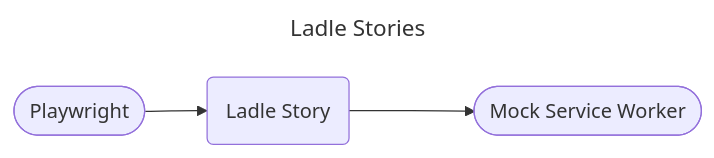
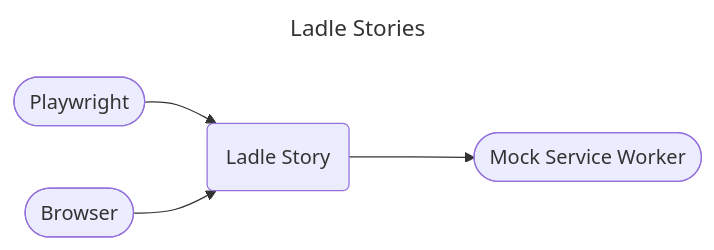
One commit to kiesraad/abacus changed the first of 6 diagrams in documentatie/ontwikkelproces/testsoorten-en-testtooling.md. Above: the diagram before and after it, drawn with Mermaid. The commit also changed other lines of this file, not shown here.

````diff
--- a/documentatie/ontwikkelproces/testsoorten-en-testtooling.md
+++ b/documentatie/ontwikkelproces/testsoorten-en-testtooling.md
@@ -24,13 +22,15 @@
 ```mermaid
 ---
 title: Ladle Stories
 ---
 flowchart LR
     ladle-story(Ladle Story)
 
     playwright([Playwright])
+    browser([Browser])
     msw([Mock Service Worker])
 
     playwright --> ladle-story
+    browser --> ladle-story
     ladle-story ---> msw
 ```
````
